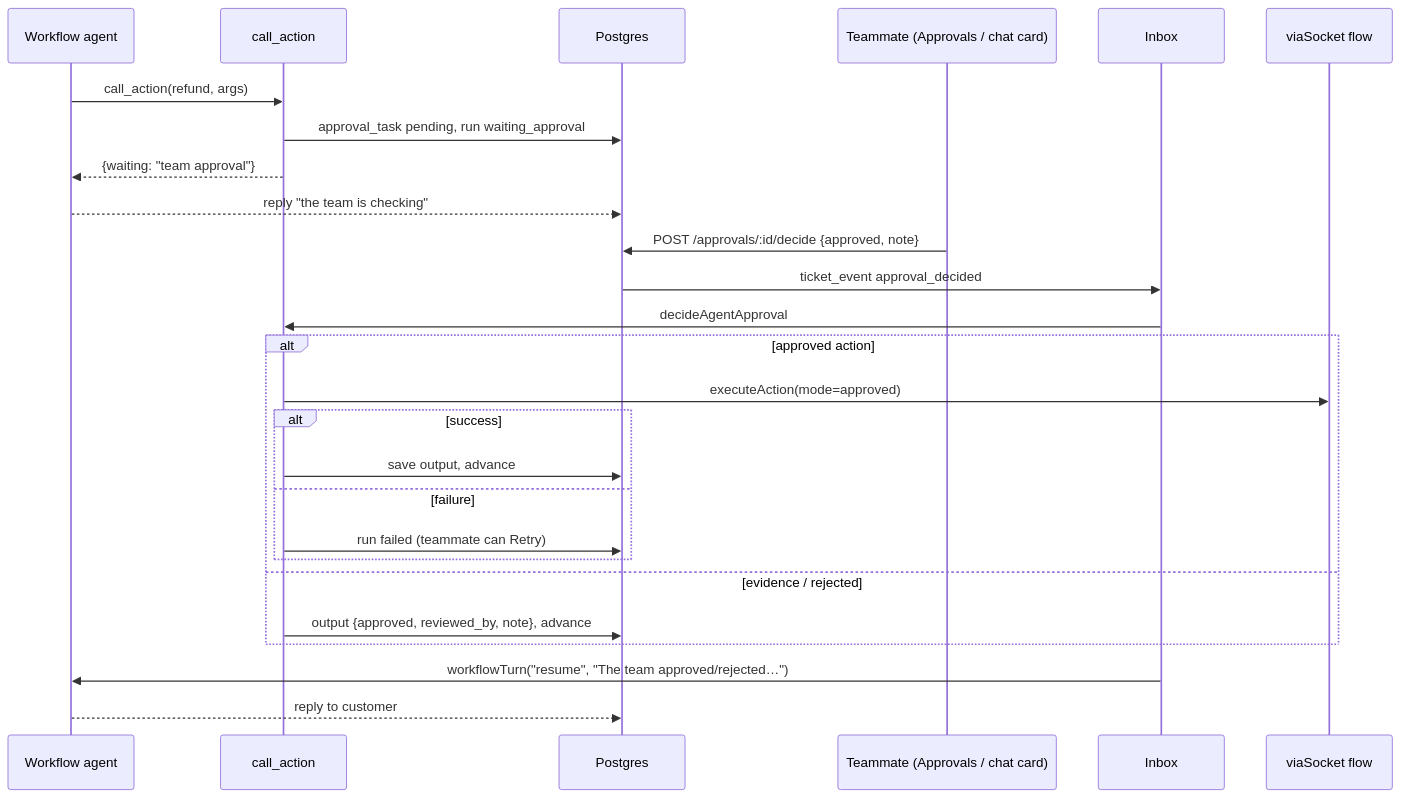
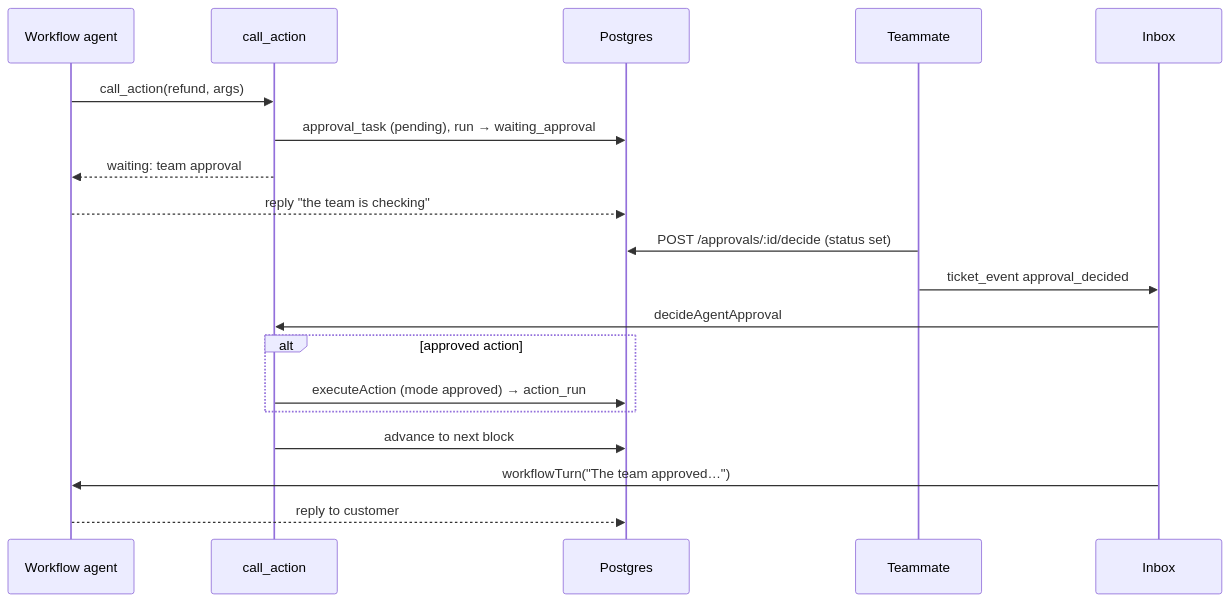
The eighth of 9 diagrams in docs/FUNCTIONAL_DOCUMENTATION.md (punit-walkover/workflow-poc-agentic), drawn with Mermaid before and after one commit. The commit also changed other lines of this file and 3 other files, not shown here.

````diff
--- a/docs/FUNCTIONAL_DOCUMENTATION.md
+++ b/docs/FUNCTIONAL_DOCUMENTATION.md
@@ -867,28 +944,21 @@
 ```mermaid
 sequenceDiagram
-  participant WA as Workflow agent
+  participant WFA as Workflow agent
   participant T as call_action
   participant DB as Postgres
-  participant TM as Teammate (Approvals / chat card)
-  participant IB as Inbox
-  participant V as viaSocket flow
-  WA->>T: call_action(refund, args)
-  T->>DB: approval_task pending, run waiting_approval
-  T-->>WA: {waiting: "team approval"}
-  WA-->>DB: reply "the team is checking"
-  TM->>DB: POST /approvals/:id/decide {approved, note}
-  DB->>IB: ticket_event approval_decided
-  IB->>T: decideAgentApproval
+  participant TM as Teammate
+  participant IN as Inbox
+  WFA->>T: call_action(refund, args)
+  T->>DB: approval_task (pending), run → waiting_approval
+  T-->>WFA: waiting: team approval
+  WFA-->>DB: reply "the team is checking"
+  TM->>DB: POST /approvals/:id/decide (status set)
+  TM->>IN: ticket_event approval_decided
+  IN->>T: decideAgentApproval
   alt approved action
-    T->>V: executeAction(mode=approved)
-    alt success
-      T->>DB: save output, advance
-    else failure
-      T->>DB: run failed (teammate can Retry)
-    end
-  else evidence / rejected
-    T->>DB: output {approved, reviewed_by, note}, advance
+    T->>DB: executeAction (mode approved) → action_run
   end
-  IB->>WA: workflowTurn("resume", "The team approved/rejected…")
-  WA-->>DB: reply to customer
+  T->>DB: advance to next block
+  IN->>WFA: workflowTurn("The team approved…")
+  WFA-->>DB: reply to customer
 ```
````
